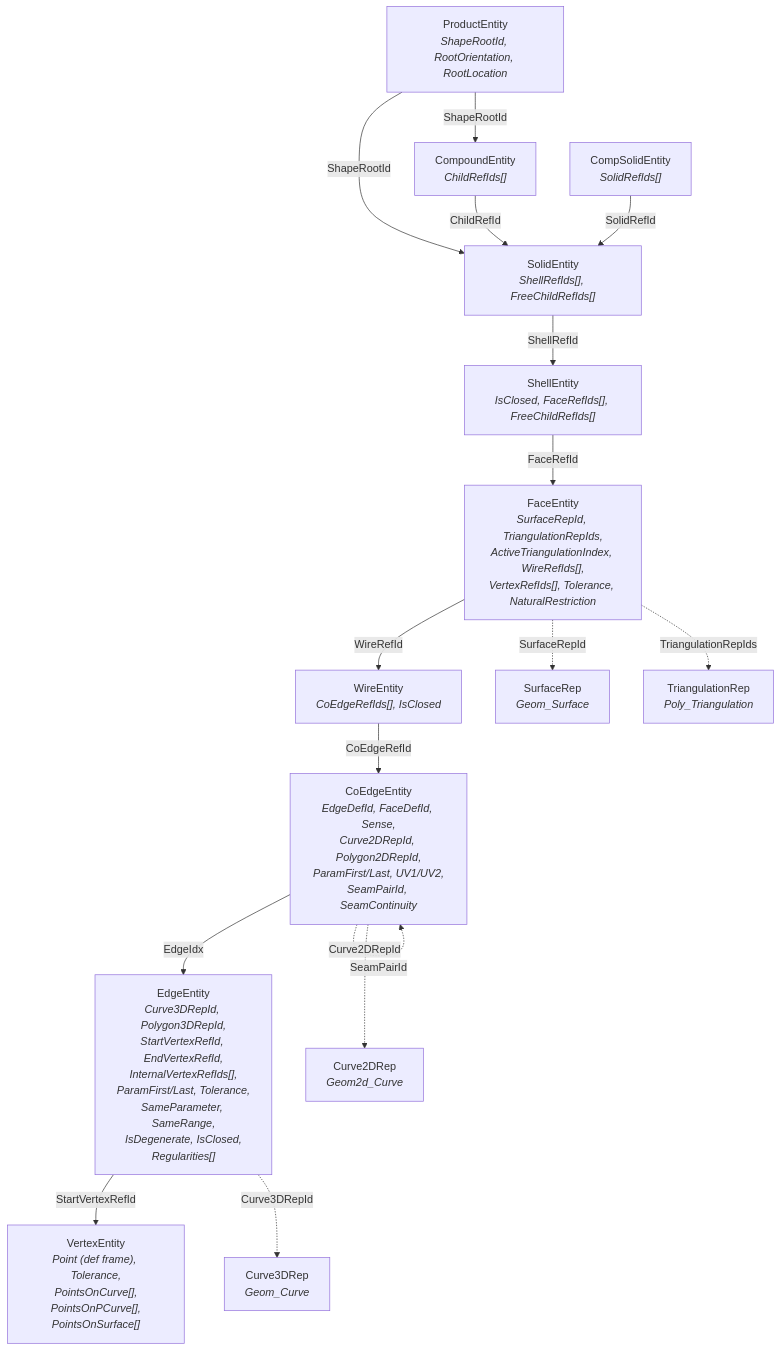
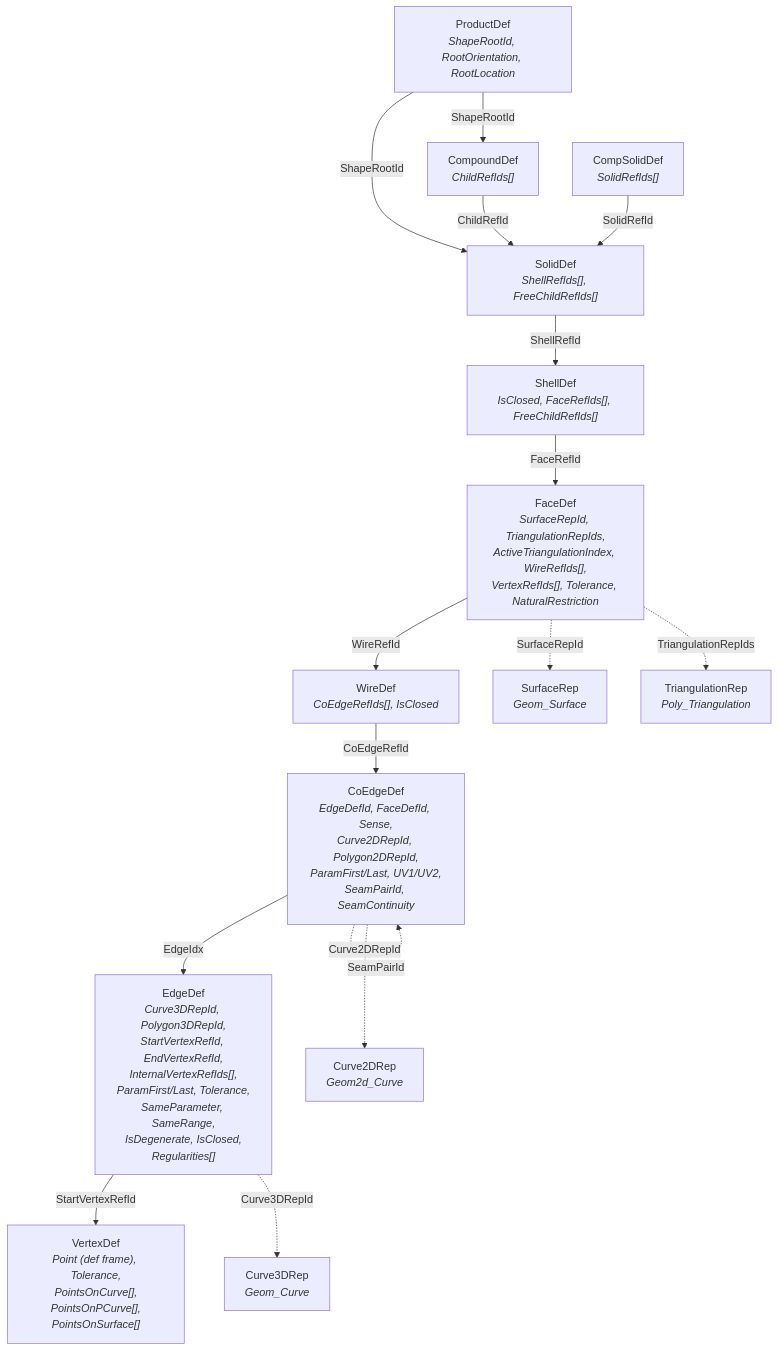
One commit to Open-Cascade-SAS/OCCT changed the third of 5 diagrams in src/ModelingData/TKBRep/BRepGraphInc/README.md. Above: the diagram before and after it, drawn with Mermaid. The commit also changed other lines of this file and 83 other files, not shown here.

````diff
--- a/src/ModelingData/TKBRep/BRepGraphInc/README.md
+++ b/src/ModelingData/TKBRep/BRepGraphInc/README.md
@@ -86,41 +86,41 @@
 ```mermaid
 graph TD
-    Product["ProductEntity<br/><i>ShapeRootId, RootOrientation, RootLocation</i>"]
+    Product["ProductDef<br/><i>ShapeRootId, RootOrientation, RootLocation</i>"]
 
-    Compound["CompoundEntity<br/><i>ChildRefIds[]</i>"]
-    CompSolid["CompSolidEntity<br/><i>SolidRefIds[]</i>"]
-    Solid["SolidEntity<br/><i>ShellRefIds[], FreeChildRefIds[]</i>"]
-    Shell["ShellEntity<br/><i>IsClosed, FaceRefIds[], FreeChildRefIds[]</i>"]
+    Compound["CompoundDef<br/><i>ChildRefIds[]</i>"]
+    CompSolid["CompSolidDef<br/><i>SolidRefIds[]</i>"]
+    Solid["SolidDef<br/><i>ShellRefIds[], FreeChildRefIds[]</i>"]
+    Shell["ShellDef<br/><i>IsClosed, FaceRefIds[], FreeChildRefIds[]</i>"]
 
-    Face["FaceEntity<br/><i>SurfaceRepId, TriangulationRepIds,<br/>ActiveTriangulationIndex, WireRefIds[],<br/>VertexRefIds[], Tolerance, NaturalRestriction</i>"]
+    Face["FaceDef<br/><i>SurfaceRepId, TriangulationRepIds,<br/>ActiveTriangulationIndex, WireRefIds[],<br/>VertexRefIds[], Tolerance, NaturalRestriction</i>"]
 
-    Wire["WireEntity<br/><i>CoEdgeRefIds[], IsClosed</i>"]
+    Wire["WireDef<br/><i>CoEdgeRefIds[], IsClosed</i>"]
 
-    CoEdge["CoEdgeEntity<br/><i>EdgeDefId, FaceDefId, Sense,<br/>Curve2DRepId, Polygon2DRepId,<br/>ParamFirst/Last, UV1/UV2,<br/>SeamPairId, SeamContinuity</i>"]
+    CoEdge["CoEdgeDef<br/><i>EdgeDefId, FaceDefId, Sense,<br/>Curve2DRepId, Polygon2DRepId,<br/>ParamFirst/Last, UV1/UV2,<br/>SeamPairId, SeamContinuity</i>"]
 
-    Edge["EdgeEntity<br/><i>Curve3DRepId, Polygon3DRepId,<br/>StartVertexRefId, EndVertexRefId,<br/>InternalVertexRefIds[],<br/>ParamFirst/Last, Tolerance,<br/>SameParameter, SameRange,<br/>IsDegenerate, IsClosed,<br/>Regularities[]</i>"]
+    Edge["EdgeDef<br/><i>Curve3DRepId, Polygon3DRepId,<br/>StartVertexRefId, EndVertexRefId,<br/>InternalVertexRefIds[],<br/>ParamFirst/Last, Tolerance,<br/>SameParameter, SameRange,<br/>IsDegenerate, IsClosed,<br/>Regularities[]</i>"]
 
-    Vertex["VertexEntity<br/><i>Point (def frame), Tolerance,<br/>PointsOnCurve[],<br/>PointsOnPCurve[],<br/>PointsOnSurface[]</i>"]
+    Vertex["VertexDef<br/><i>Point (def frame), Tolerance,<br/>PointsOnCurve[],<br/>PointsOnPCurve[],<br/>PointsOnSurface[]</i>"]
 
     SurfRep["SurfaceRep<br/><i>Geom_Surface</i>"]
     C3DRep["Curve3DRep<br/><i>Geom_Curve</i>"]
     C2DRep["Curve2DRep<br/><i>Geom2d_Curve</i>"]
     TriRep["TriangulationRep<br/><i>Poly_Triangulation</i>"]
 
     Product -->|"ShapeRootId"| Compound
     Product -->|"ShapeRootId"| Solid
     Compound -->|"ChildRefId"| Solid
     CompSolid -->|"SolidRefId"| Solid
     Solid -->|"ShellRefId"| Shell
     Shell -->|"FaceRefId"| Face
     Face -->|"WireRefId"| Wire
     Wire -->|"CoEdgeRefId"| CoEdge
     CoEdge -->|"EdgeIdx"| Edge
     Edge -->|"StartVertexRefId"| Vertex
 
     Face -.->|"SurfaceRepId"| SurfRep
     Face -.->|"TriangulationRepIds"| TriRep
     Edge -.->|"Curve3DRepId"| C3DRep
     CoEdge -.->|"Curve2DRepId"| C2DRep
     CoEdge -.->|"SeamPairId"| CoEdge
 ```
````
